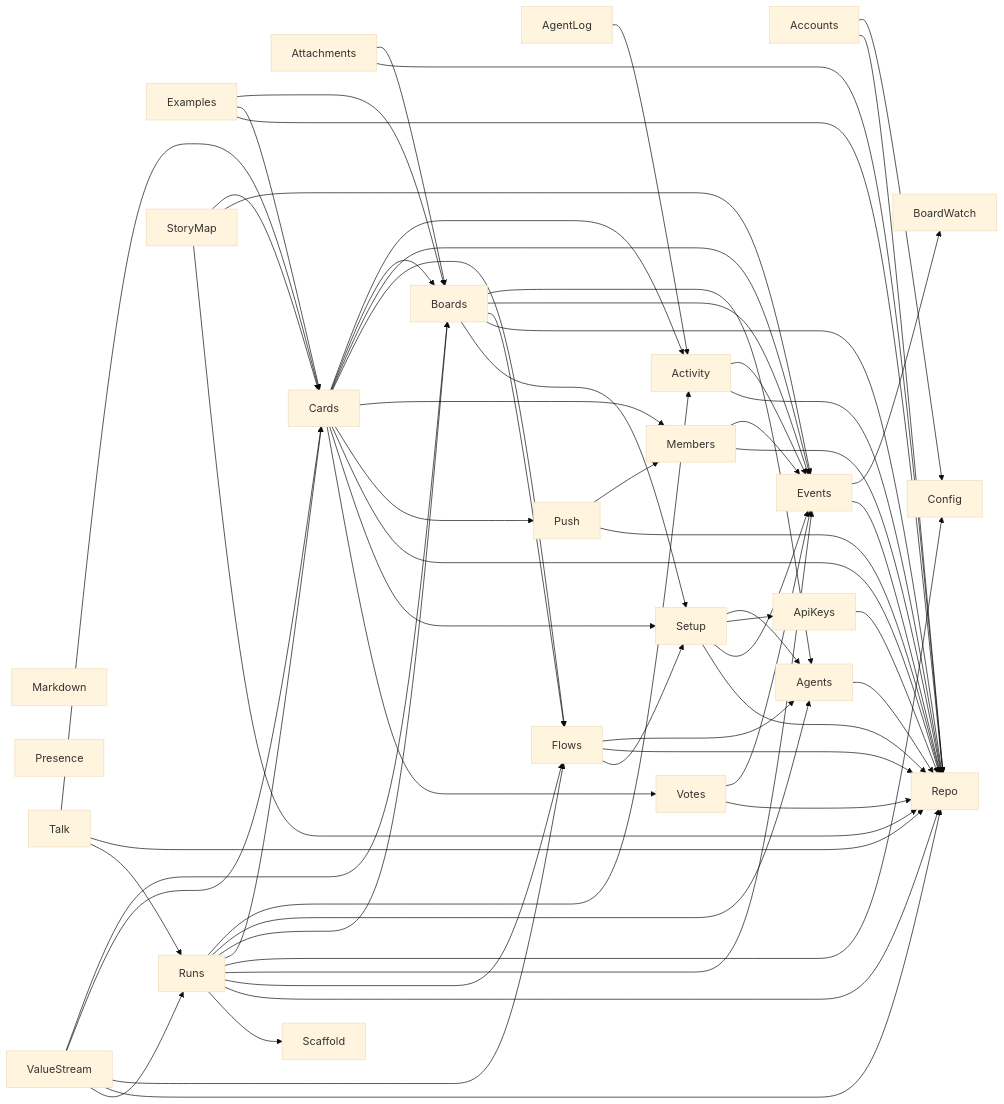
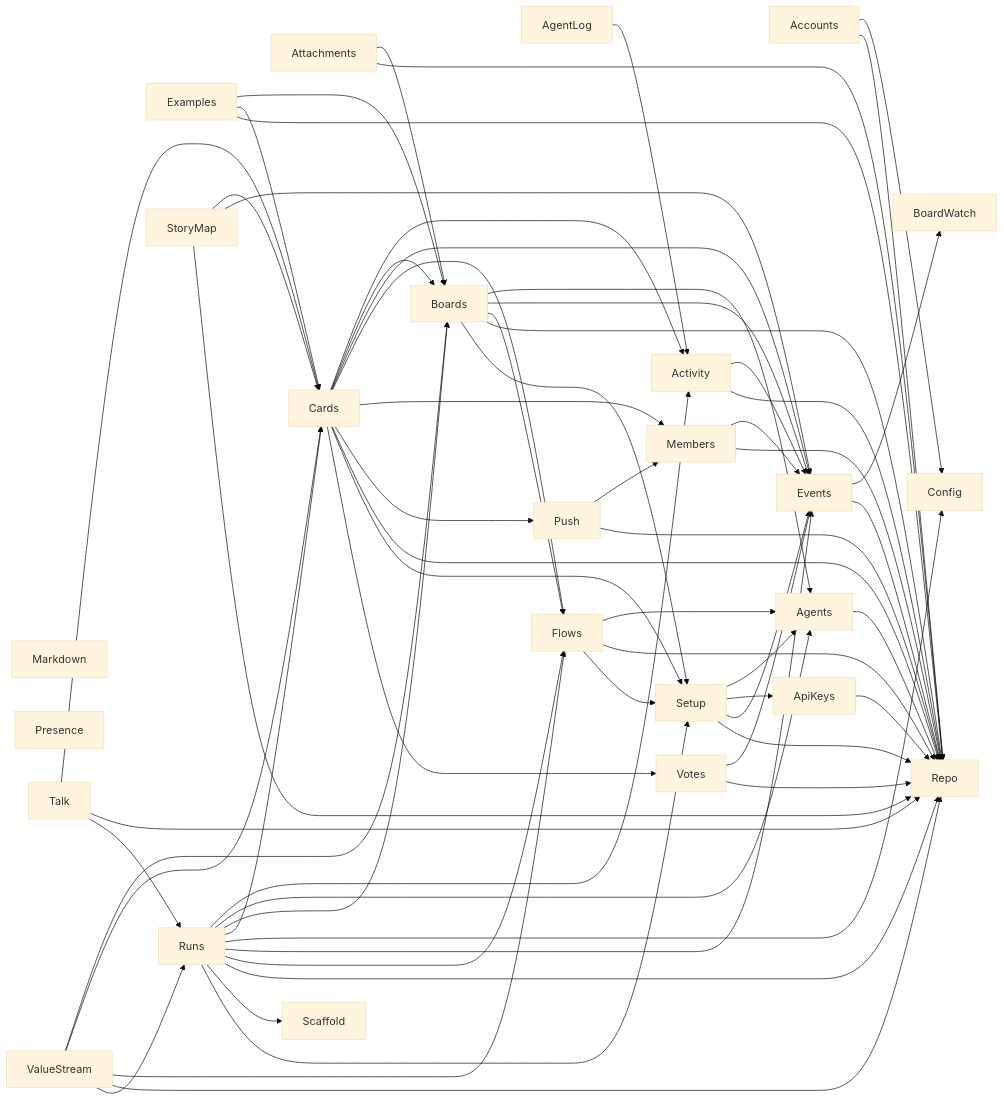
The second of 2 diagrams in docs/architecture/deps.md (jeremylightsmith/relay), drawn with Mermaid (base theme) before and after one commit. The commit also changed 35 other files, not shown here.

````diff
--- a/docs/architecture/deps.md
+++ b/docs/architecture/deps.md
@@ -29,66 +29,67 @@
 ```mermaid
 flowchart LR
     Markdown
     Presence
     Accounts --> Config
     Accounts --> Repo
     Activity --> Events
     Activity --> Repo
     AgentLog --> Activity
     Agents --> Repo
     ApiKeys --> Repo
     Attachments --> Boards
     Attachments --> Repo
     Boards --> Agents
     Boards --> Events
     Boards --> Flows
     Boards --> Repo
     Boards --> Setup
     Cards --> Activity
     Cards --> Boards
     Cards --> Events
     Cards --> Flows
     Cards --> Members
     Cards --> Push
     Cards --> Repo
     Cards --> Setup
     Cards --> Votes
     Events --> BoardWatch
     Events --> Repo
     Examples --> Boards
     Examples --> Cards
     Examples --> Repo
     Flows --> Agents
     Flows --> Repo
     Flows --> Setup
     Members --> Events
     Members --> Repo
     Push --> Members
     Push --> Repo
     Runs --> Activity
     Runs --> Agents
     Runs --> Boards
     Runs --> Cards
     Runs --> Config
     Runs --> Events
     Runs --> Flows
     Runs --> Repo
     Runs --> Scaffold
+    Runs --> Setup
     Setup --> Agents
     Setup --> ApiKeys
     Setup --> Events
     Setup --> Repo
     StoryMap --> Cards
     StoryMap --> Events
     StoryMap --> Repo
     Talk --> Cards
     Talk --> Repo
     Talk --> Runs
     ValueStream --> Boards
     ValueStream --> Cards
     ValueStream --> Flows
     ValueStream --> Repo
     ValueStream --> Runs
     Votes --> Events
     Votes --> Repo
 ```
````
